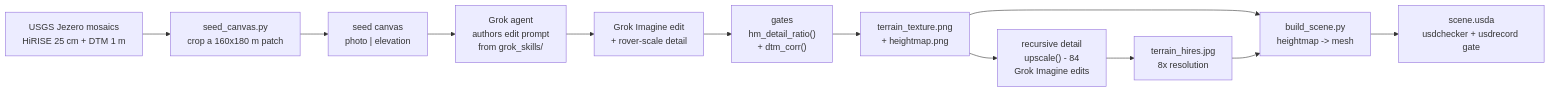
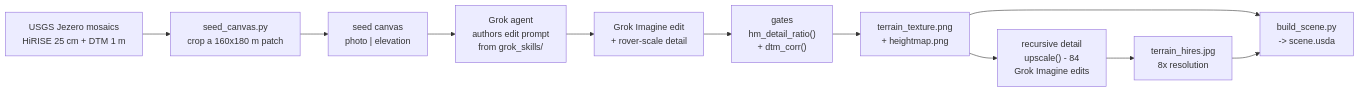
Before and after one commit to MarkOfUs/GrokRover: the diagram in README.md, drawn with Mermaid.

Commit message:
pipeline chart: drop the gate node

````diff
--- a/README.md
+++ b/README.md
@@ -18,14 +18,13 @@
 ```mermaid
 flowchart LR
     A["USGS Jezero mosaics\nHiRISE 25 cm + DTM 1 m"] --> B["seed_canvas.py\ncrop a 160x180 m patch"]
     B --> C["seed canvas\nphoto | elevation"]
     C --> D["Grok agent\nauthors edit prompt\nfrom grok_skills/"]
     D --> E["Grok Imagine edit\n+ rover-scale detail"]
     E --> F["gates\nhm_detail_ratio()\n+ dtm_corr()"]
     F --> G["terrain_texture.png\n+ heightmap.png"]
     G --> H["recursive detail\nupscale() - 84\nGrok Imagine edits"]
     H --> I["terrain_hires.jpg\n8x resolution"]
-    G --> J["build_scene.py\nheightmap -> mesh"]
+    G --> J["build_scene.py\n-> scene.usda"]
     I --> J
-    J --> K["scene.usda\nusdchecker + usdrecord gate"]
 ```
````
